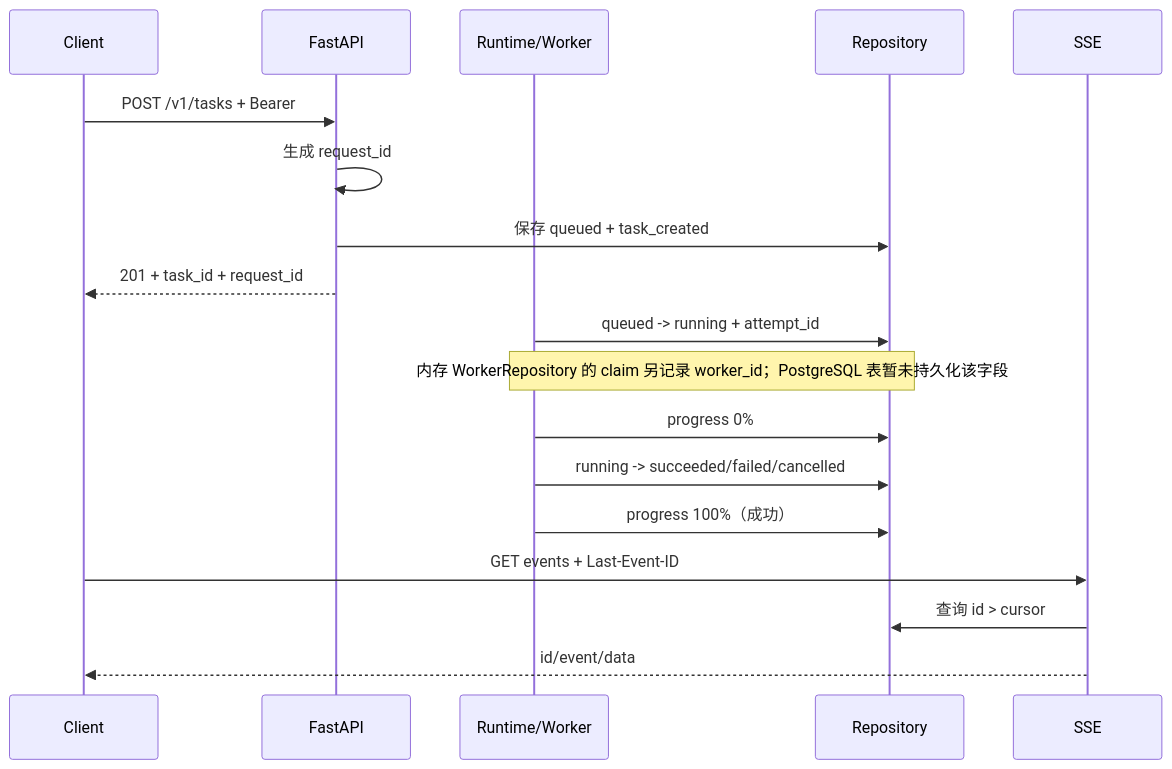
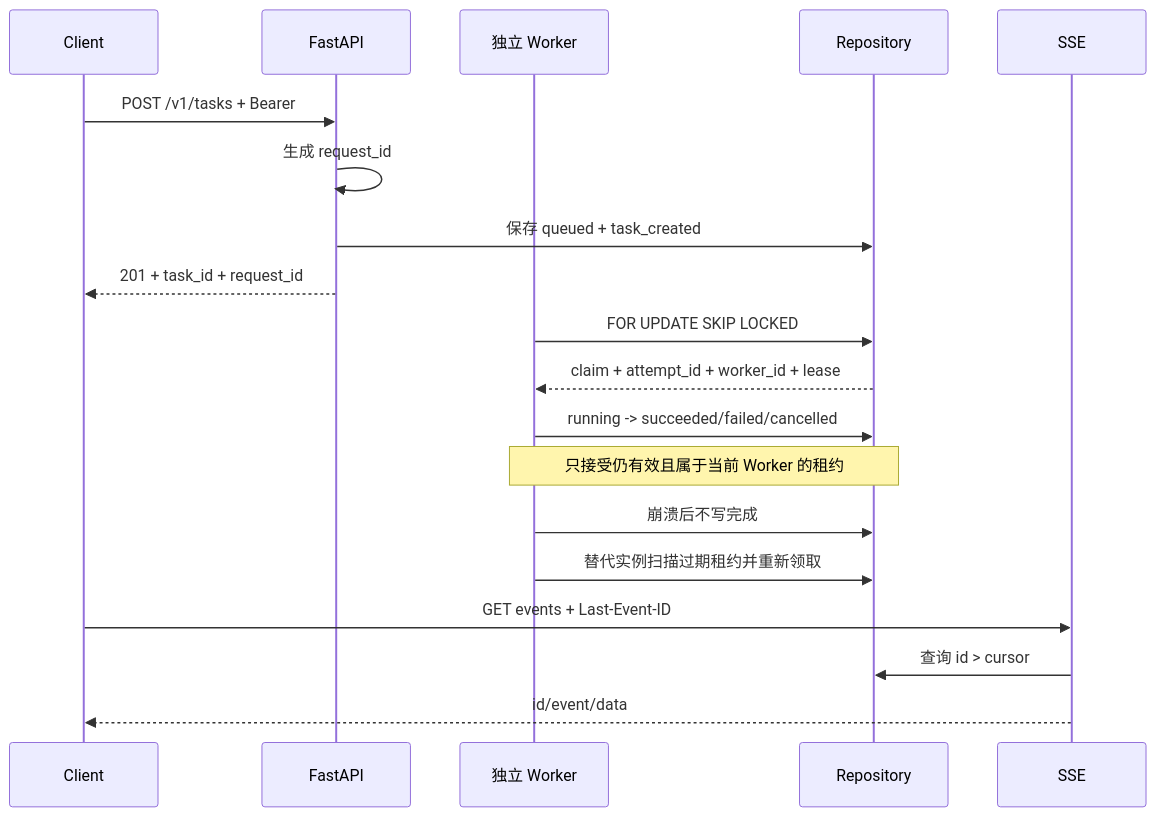
The fourth of 4 diagrams in docs/architecture.md (adv-mmy/TeyvatNotes), drawn with Mermaid before and after one commit. The commit also changed other lines of this file and 27 other files, not shown here.

First line of the commit message:
Add PostgreSQL worker leases and monitoring

````diff
--- a/docs/architecture.md
+++ b/docs/architecture.md
@@ -132,21 +156,22 @@
 ```mermaid
 sequenceDiagram
     participant C as Client
     participant A as FastAPI
-    participant R as Runtime/Worker
+    participant W as 独立 Worker
     participant P as Repository
     participant S as SSE
 
     C->>A: POST /v1/tasks + Bearer
     A->>A: 生成 request_id
     A->>P: 保存 queued + task_created
     A-->>C: 201 + task_id + request_id
-    R->>P: queued -> running + attempt_id
-    Note over R,P: 内存 WorkerRepository 的 claim 另记录 worker_id；PostgreSQL 表暂未持久化该字段
-    R->>P: progress 0%
-    R->>P: running -> succeeded/failed/cancelled
-    R->>P: progress 100%（成功）
+    W->>P: FOR UPDATE SKIP LOCKED
+    P-->>W: claim + attempt_id + worker_id + lease
+    W->>P: running -> succeeded/failed/cancelled
+    Note over W,P: 只接受仍有效且属于当前 Worker 的租约
+    W->>P: 崩溃后不写完成
+    W->>P: 替代实例扫描过期租约并重新领取
     C->>S: GET events + Last-Event-ID
     S->>P: 查询 id > cursor
     S-->>C: id/event/data
 ```
````
